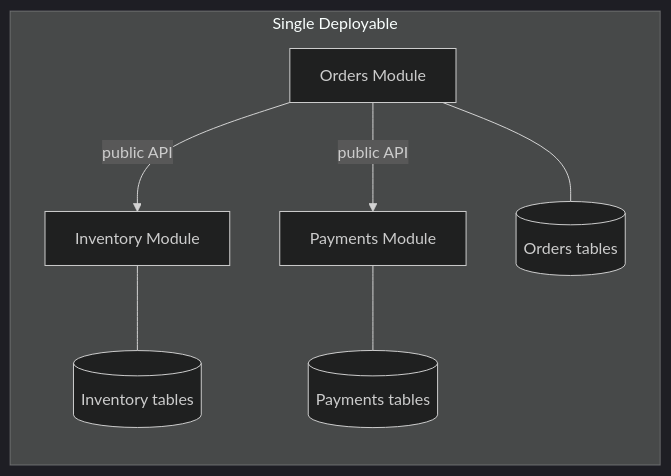
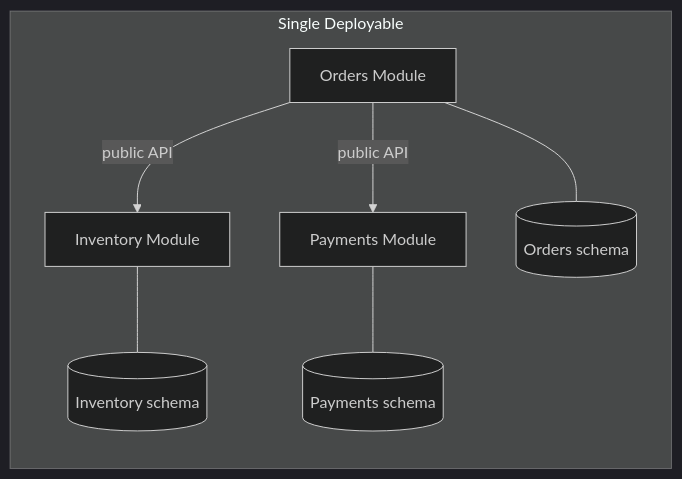
One commit to ruchit07/system-architecture-catalog changed the diagram in modular-monolith/README.md. Above: the diagram before and after it, drawn with Mermaid (dark theme). The commit also changed other lines of this file and 54 other files, not shown here.

````diff
--- a/modular-monolith/README.md
+++ b/modular-monolith/README.md
@@ -5,10 +5,10 @@
 ```mermaid
 flowchart LR
     subgraph Monolith [Single Deployable]
         O[Orders Module] -->|public API| I[Inventory Module]
         O -->|public API| P[Payments Module]
-        I --- IDB[(Inventory tables)]
-        O --- ODB[(Orders tables)]
-        P --- PDB[(Payments tables)]
+        I --- IDB[(Inventory schema)]
+        O --- ODB[(Orders schema)]
+        P --- PDB[(Payments schema)]
     end
 ```
````
